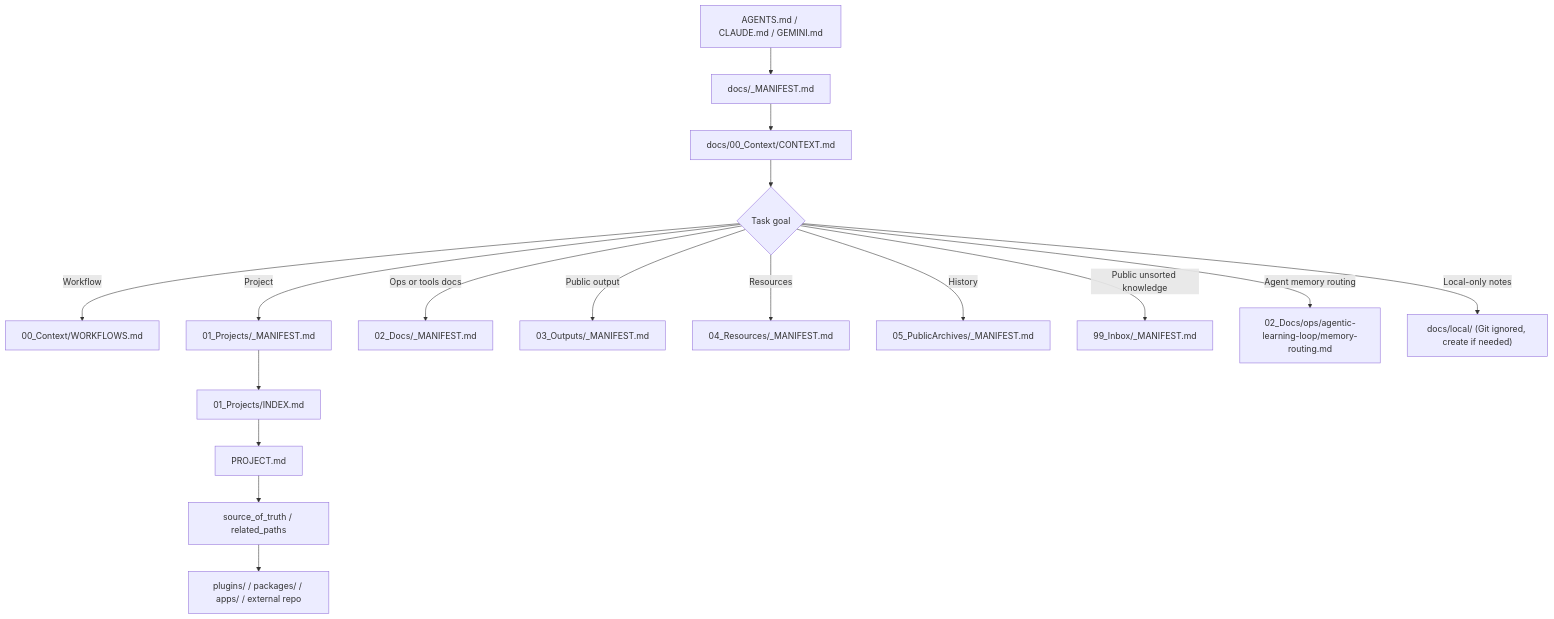
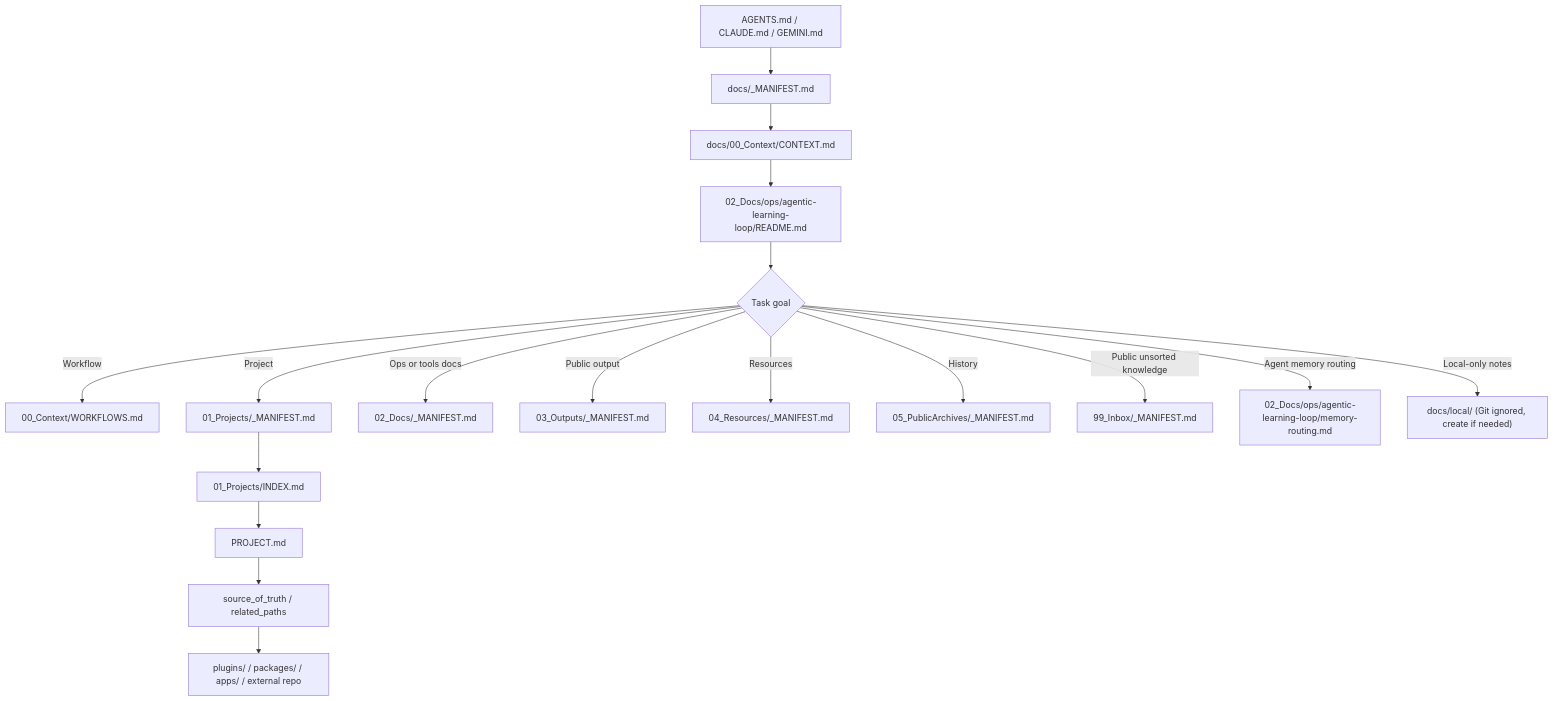
Before and after one commit to oyasaiserver/platform: the diagram in docs/00_Context/CONTEXT.md, drawn with Mermaid. The commit also changed other lines of this file and 13 other files, not shown here.

````diff
--- a/docs/00_Context/CONTEXT.md
+++ b/docs/00_Context/CONTEXT.md
@@ -92,19 +100,20 @@
 ```mermaid
 flowchart TD
   Entry["AGENTS.md / CLAUDE.md / GEMINI.md"] --> Manifest["docs/_MANIFEST.md"]
   Manifest --> Context["docs/00_Context/CONTEXT.md"]
-  Context --> Goal{"Task goal"}
+  Context --> LearningLoop["02_Docs/ops/agentic-learning-loop/README.md"]
+  LearningLoop --> Goal{"Task goal"}
   Goal -->|Workflow| Workflows["00_Context/WORKFLOWS.md"]
   Goal -->|Project| ProjectManifest["01_Projects/_MANIFEST.md"]
   Goal -->|Ops or tools docs| DocsManifest["02_Docs/_MANIFEST.md"]
   Goal -->|Public output| OutputsManifest["03_Outputs/_MANIFEST.md"]
   Goal -->|Resources| ResourcesManifest["04_Resources/_MANIFEST.md"]
   Goal -->|History| PublicArchives["05_PublicArchives/_MANIFEST.md"]
   Goal -->|Public unsorted knowledge| Inbox["99_Inbox/_MANIFEST.md"]
   Goal -->|Agent memory routing| MemoryRouting["02_Docs/ops/agentic-learning-loop/memory-routing.md"]
   Goal -->|Local-only notes| LocalDocs["docs/local/ (Git ignored, create if needed)"]
   ProjectManifest --> ProjectIndex["01_Projects/INDEX.md"]
   ProjectIndex --> Project["PROJECT.md"]
   Project --> Sot["source_of_truth / related_paths"]
   Sot --> Impl["plugins/ / packages/ / apps/ / external repo"]
 ```
````
